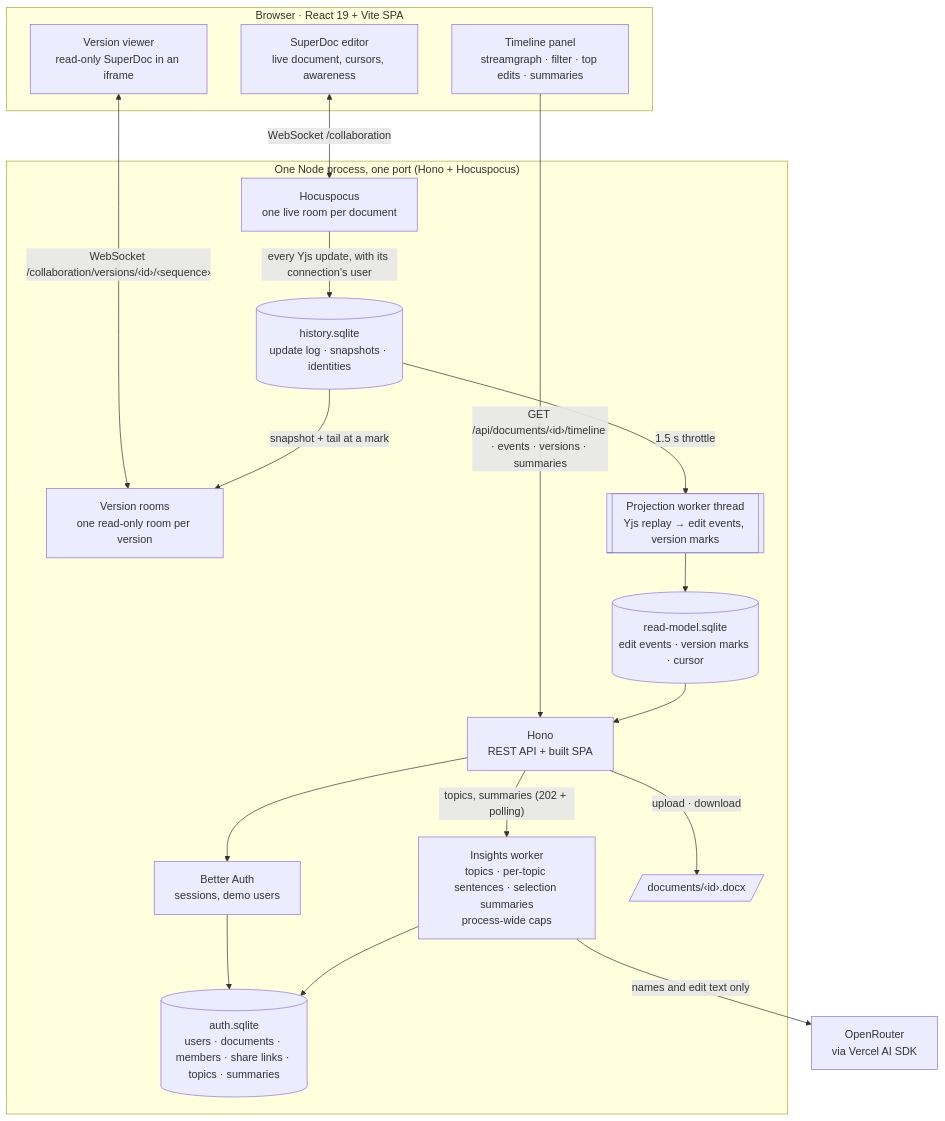
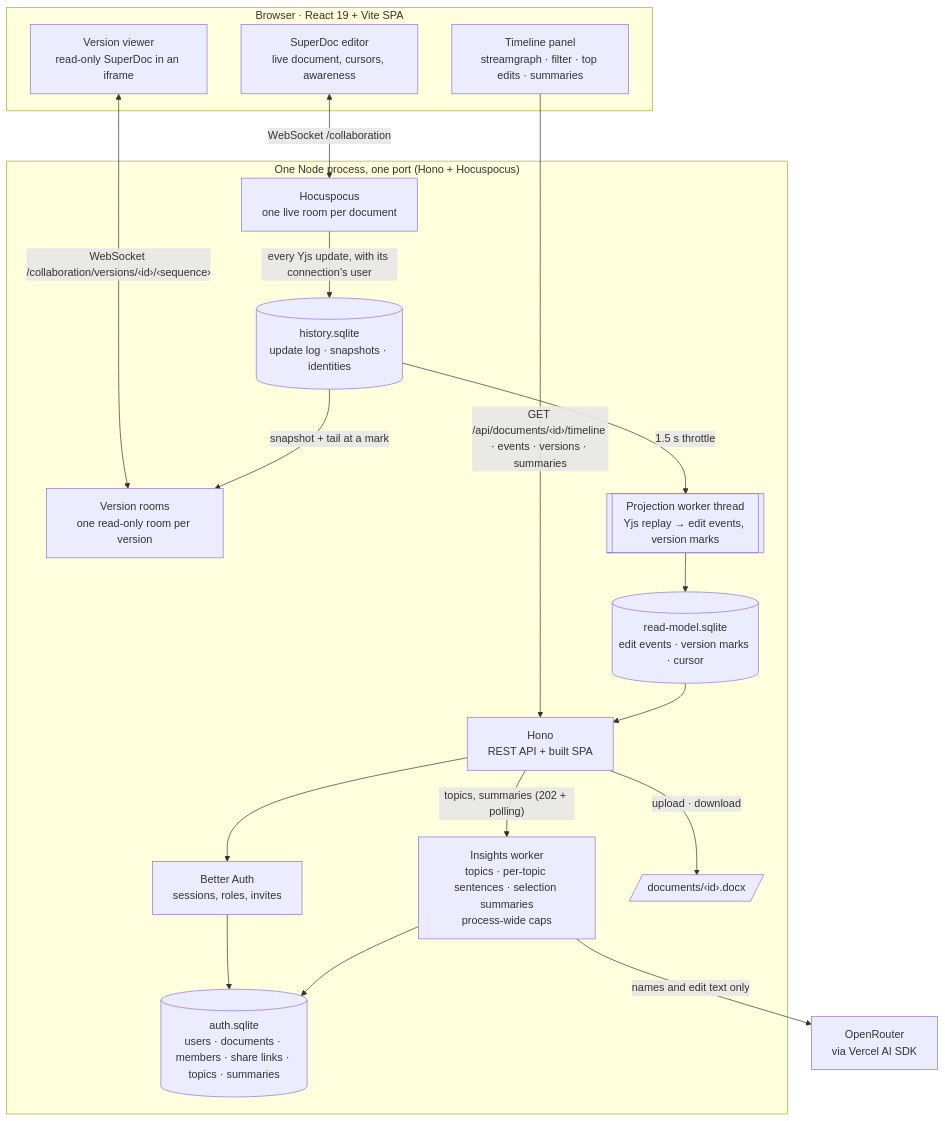
One commit to dhyegocalota/superdoc-collab changed the diagram in README.md. Above: the diagram before and after it, drawn with Mermaid. The commit also changed other lines of this file and 5 other files, not shown here.

````diff
--- a/README.md
+++ b/README.md
@@ -120,36 +92,36 @@
 ```mermaid
 flowchart TB
   subgraph browser["Browser · React 19 + Vite SPA"]
     editor["SuperDoc editor<br/>live document, cursors, awareness"]
     viewer["Version viewer<br/>read-only SuperDoc in an iframe"]
     panel["Timeline panel<br/>streamgraph · filter · top edits · summaries"]
   end
 
   subgraph server["One Node process, one port (Hono + Hocuspocus)"]
     hono["Hono<br/>REST API + built SPA"]
-    auth["Better Auth<br/>sessions, demo users"]
+    auth["Better Auth<br/>sessions, roles, invites"]
     hocus["Hocuspocus<br/>one live room per document"]
     rooms["Version rooms<br/>one read-only room per version"]
     worker[["Projection worker thread<br/>Yjs replay → edit events, version marks"]]
     insights["Insights worker<br/>topics · per-topic sentences · selection summaries<br/>process-wide caps"]
     log[("history.sqlite<br/>update log · snapshots · identities")]
     read[("read-model.sqlite<br/>edit events · version marks · cursor")]
     authDb[("auth.sqlite<br/>users · documents · members · share links · topics · summaries")]
     files[/"documents/‹id›.docx"/]
   end
 
   llm["OpenRouter<br/>via Vercel AI SDK"]
 
   editor <-- "WebSocket /collaboration" --> hocus
   viewer <-- "WebSocket /collaboration/versions/‹id›/‹sequence›" --> rooms
   panel -- "GET /api/documents/‹id›/timeline · events · versions · summaries" --> hono
   hono --> auth --> authDb
   hono -- "upload · download" --> files
   hocus -- "every Yjs update, with its connection's user" --> log
   log -- "1.5 s throttle" --> worker --> read
   read --> hono
   log -- "snapshot + tail at a mark" --> rooms
   hono -- "topics, summaries (202 + polling)" --> insights
   insights -- "names and edit text only" --> llm
   insights --> authDb
 ```
````
